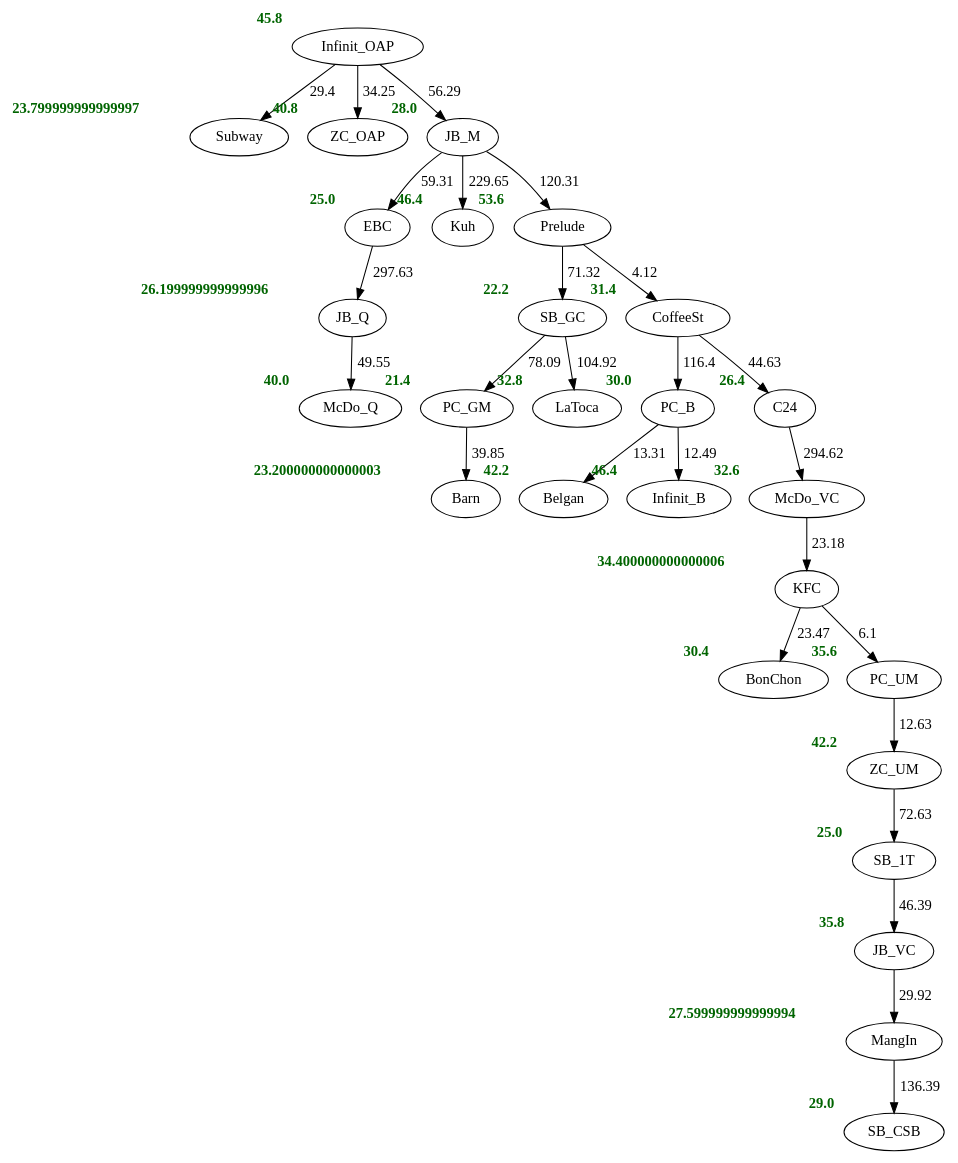
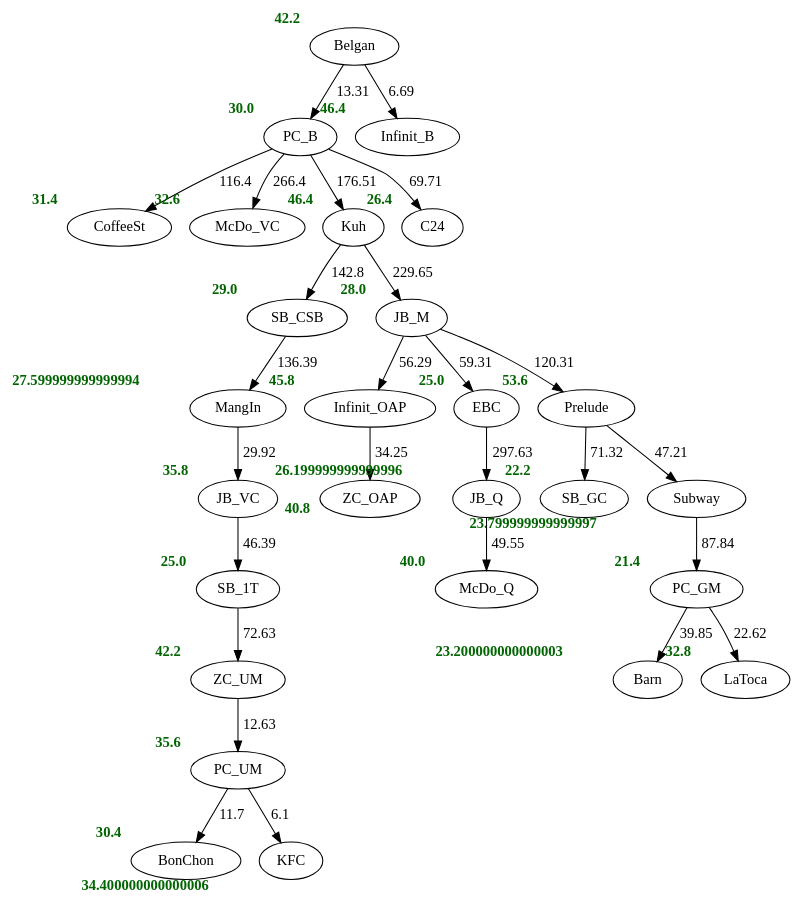
One commit to diego-yason/csintsy-mco1 changed the diagram in results/trees/backtracking.gv. Above: the diagram before and after it, drawn with Graphviz. The commit also changed 14 other files, not shown here.

```diff
--- a/results/trees/backtracking.gv
+++ b/results/trees/backtracking.gv
@@ -1,55 +1,55 @@
 digraph G {
+Belgan [xlabel=<<font color="darkgreen"><B>42.2</B></font>>];
+PC_B [xlabel=<<font color="darkgreen"><B>30.0</B></font>>];
+Infinit_B [xlabel=<<font color="darkgreen"><B>46.4</B></font>>];
+CoffeeSt [xlabel=<<font color="darkgreen"><B>31.4</B></font>>];
+McDo_VC [xlabel=<<font color="darkgreen"><B>32.6</B></font>>];
+Kuh [xlabel=<<font color="darkgreen"><B>46.4</B></font>>];
+C24 [xlabel=<<font color="darkgreen"><B>26.4</B></font>>];
+SB_CSB [xlabel=<<font color="darkgreen"><B>29.0</B></font>>];
+JB_M [xlabel=<<font color="darkgreen"><B>28.0</B></font>>];
 Infinit_OAP [xlabel=<<font color="darkgreen"><B>45.8</B></font>>];
-Subway [xlabel=<<font color="darkgreen"><B>23.799999999999997</B></font>>];
-ZC_OAP [xlabel=<<font color="darkgreen"><B>40.8</B></font>>];
-JB_M [xlabel=<<font color="darkgreen"><B>28.0</B></font>>];
 EBC [xlabel=<<font color="darkgreen"><B>25.0</B></font>>];
-Kuh [xlabel=<<font color="darkgreen"><B>46.4</B></font>>];
 Prelude [xlabel=<<font color="darkgreen"><B>53.6</B></font>>];
 SB_GC [xlabel=<<font color="darkgreen"><B>22.2</B></font>>];
-CoffeeSt [xlabel=<<font color="darkgreen"><B>31.4</B></font>>];
-PC_B [xlabel=<<font color="darkgreen"><B>30.0</B></font>>];
-C24 [xlabel=<<font color="darkgreen"><B>26.4</B></font>>];
-McDo_VC [xlabel=<<font color="darkgreen"><B>32.6</B></font>>];
-KFC [xlabel=<<font color="darkgreen"><B>34.400000000000006</B></font>>];
-BonChon [xlabel=<<font color="darkgreen"><B>30.4</B></font>>];
-PC_UM [xlabel=<<font color="darkgreen"><B>35.6</B></font>>];
-ZC_UM [xlabel=<<font color="darkgreen"><B>42.2</B></font>>];
-SB_1T [xlabel=<<font color="darkgreen"><B>25.0</B></font>>];
-JB_VC [xlabel=<<font color="darkgreen"><B>35.8</B></font>>];
-MangIn [xlabel=<<font color="darkgreen"><B>27.599999999999994</B></font>>];
-SB_CSB [xlabel=<<font color="darkgreen"><B>29.0</B></font>>];
-Belgan [xlabel=<<font color="darkgreen"><B>42.2</B></font>>];
-Infinit_B [xlabel=<<font color="darkgreen"><B>46.4</B></font>>];
+Subway [xlabel=<<font color="darkgreen"><B>23.799999999999997</B></font>>];
 PC_GM [xlabel=<<font color="darkgreen"><B>21.4</B></font>>];
+Barn [xlabel=<<font color="darkgreen"><B>23.200000000000003</B></font>>];
 LaToca [xlabel=<<font color="darkgreen"><B>32.8</B></font>>];
-Barn [xlabel=<<font color="darkgreen"><B>23.200000000000003</B></font>>];
 JB_Q [xlabel=<<font color="darkgreen"><B>26.199999999999996</B></font>>];
 McDo_Q [xlabel=<<font color="darkgreen"><B>40.0</B></font>>];
-Infinit_OAP -> Subway [label="29.4"];
-Infinit_OAP -> ZC_OAP [label="34.25"];
-Infinit_OAP -> JB_M [label="56.29"];
+ZC_OAP [xlabel=<<font color="darkgreen"><B>40.8</B></font>>];
+MangIn [xlabel=<<font color="darkgreen"><B>27.599999999999994</B></font>>];
+JB_VC [xlabel=<<font color="darkgreen"><B>35.8</B></font>>];
+SB_1T [xlabel=<<font color="darkgreen"><B>25.0</B></font>>];
+ZC_UM [xlabel=<<font color="darkgreen"><B>42.2</B></font>>];
+PC_UM [xlabel=<<font color="darkgreen"><B>35.6</B></font>>];
+BonChon [xlabel=<<font color="darkgreen"><B>30.4</B></font>>];
+KFC [xlabel=<<font color="darkgreen"><B>34.400000000000006</B></font>>];
+Belgan -> PC_B [label="13.31"];
+Belgan -> Infinit_B [label="6.69"];
+PC_B -> CoffeeSt [label="116.4"];
+PC_B -> McDo_VC [label="266.4"];
+PC_B -> Kuh [label="176.51"];
+PC_B -> C24 [label="69.71"];
+Kuh -> SB_CSB [label="142.8"];
+Kuh -> JB_M [label="229.65"];
+JB_M -> Infinit_OAP [label="56.29"];
 JB_M -> EBC [label="59.31"];
-JB_M -> Kuh [label="229.65"];
 JB_M -> Prelude [label="120.31"];
 Prelude -> SB_GC [label="71.32"];
-Prelude -> CoffeeSt [label="4.12"];
-CoffeeSt -> PC_B [label="116.4"];
-CoffeeSt -> C24 [label="44.63"];
-C24 -> McDo_VC [label="294.62"];
-McDo_VC -> KFC [label="23.18"];
-KFC -> BonChon [label="23.47"];
-KFC -> PC_UM [label="6.1"];
-PC_UM -> ZC_UM [label="12.63"];
-ZC_UM -> SB_1T [label="72.63"];
-SB_1T -> JB_VC [label="46.39"];
-JB_VC -> MangIn [label="29.92"];
-MangIn -> SB_CSB [label="136.39"];
-PC_B -> Belgan [label="13.31"];
-PC_B -> Infinit_B [label="12.49"];
-SB_GC -> PC_GM [label="78.09"];
-SB_GC -> LaToca [label="104.92"];
+Prelude -> Subway [label="47.21"];
+Subway -> PC_GM [label="87.84"];
 PC_GM -> Barn [label="39.85"];
+PC_GM -> LaToca [label="22.62"];
 EBC -> JB_Q [label="297.63"];
 JB_Q -> McDo_Q [label="49.55"];
+Infinit_OAP -> ZC_OAP [label="34.25"];
+SB_CSB -> MangIn [label="136.39"];
+MangIn -> JB_VC [label="29.92"];
+JB_VC -> SB_1T [label="46.39"];
+SB_1T -> ZC_UM [label="72.63"];
+ZC_UM -> PC_UM [label="12.63"];
+PC_UM -> BonChon [label="11.7"];
+PC_UM -> KFC [label="6.1"];
 }
```
